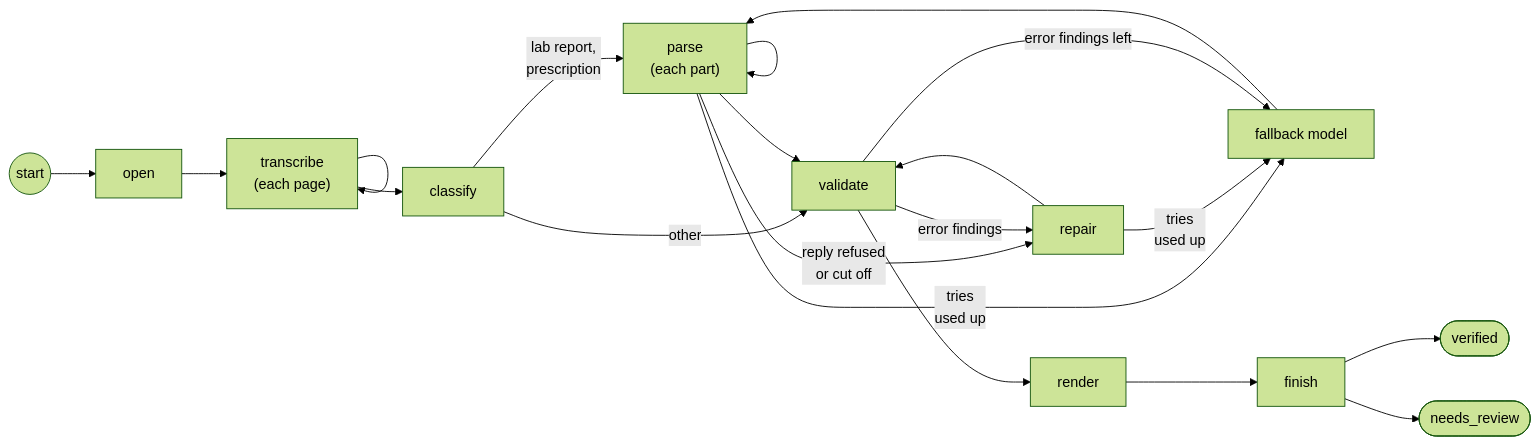
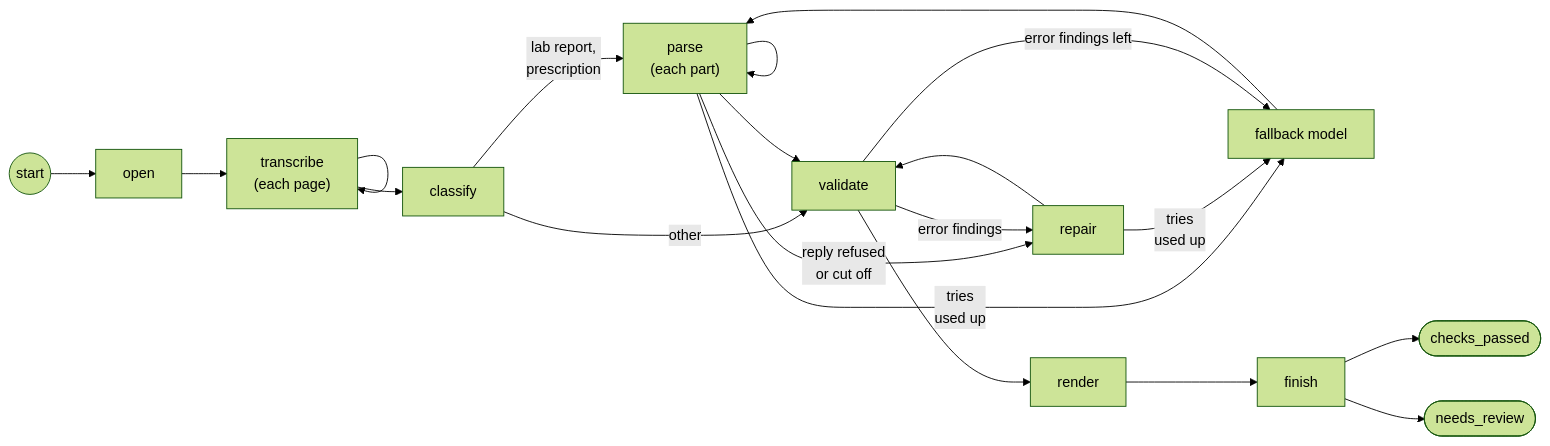
The diagram in README.md (sagnik31/med-sum), drawn with Mermaid (forest theme) before and after one commit. The commit also changed other lines of this file and 72 other files, not shown here.

````diff
--- a/README.md
+++ b/README.md
@@ -32,20 +33,20 @@
 ```mermaid
 flowchart LR
     S((start)) --> open --> T["transcribe<br/>(each page)"]
     T --> T
     T --> C[classify]
     C -->|"lab report,<br/>prescription"| P["parse<br/>(each part)"]
     C -->|other| V[validate]
     P --> P
     P --> V
     P -->|"reply refused<br/>or cut off"| R[repair]
     V -->|error findings| R
     R --> V
     P -->|"tries<br/>used up"| F[fallback model]
     R -->|"tries<br/>used up"| F
     V -->|error findings left| F
     F --> P
     V --> RE[render] --> FI[finish]
-    FI --> E1([verified])
+    FI --> E1([checks_passed])
     FI --> E2([needs_review])
 ```
````
